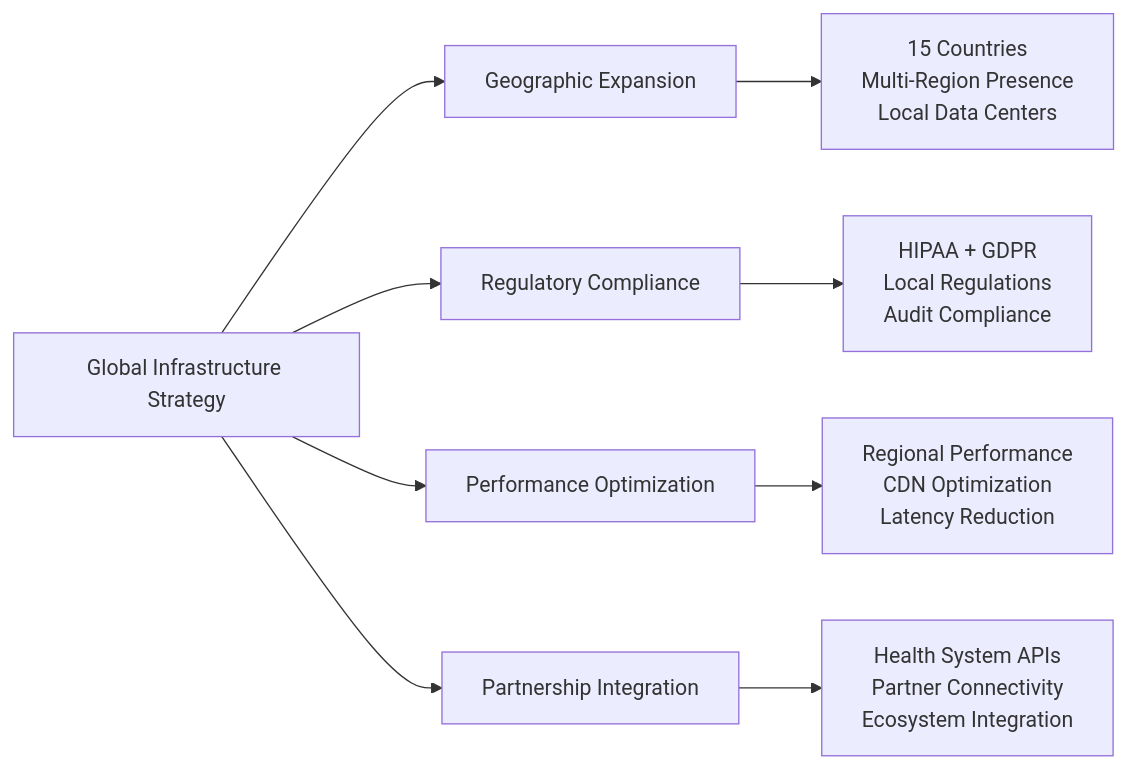
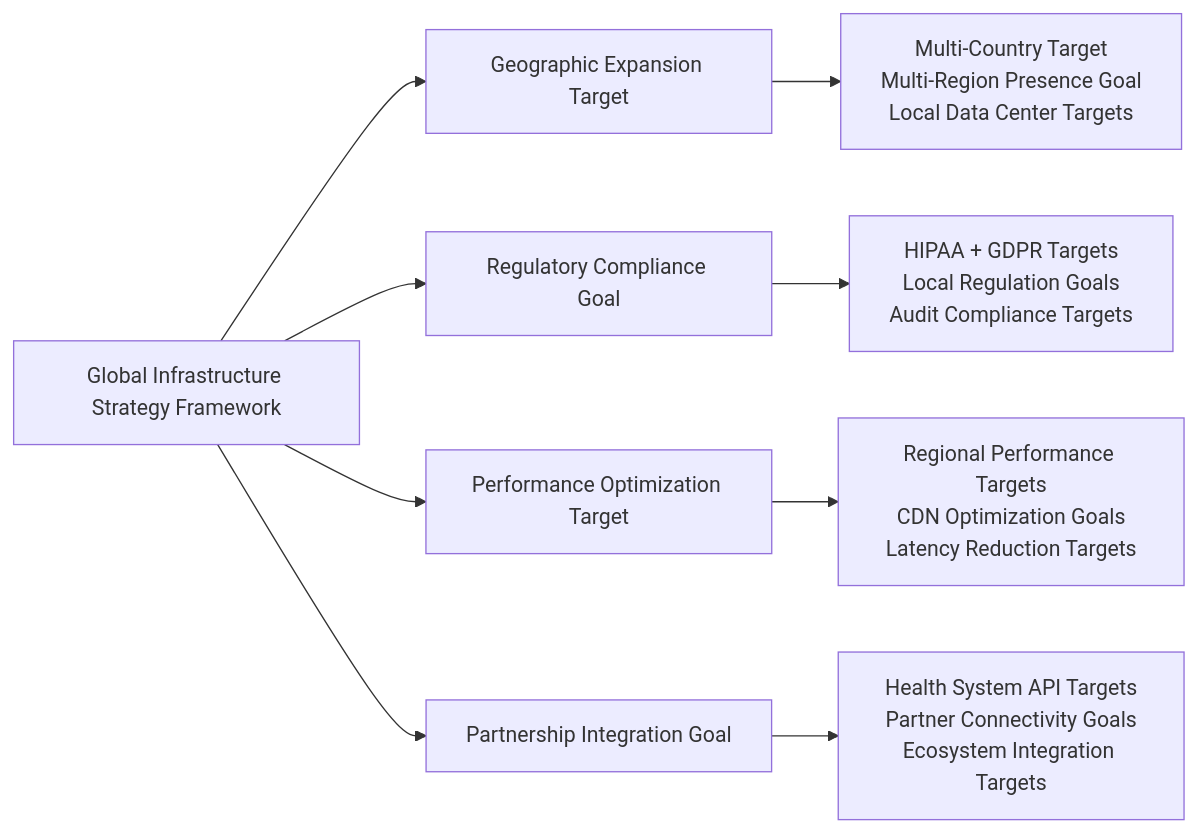
One commit to mydr24/book changed the second of 2 diagrams in chapters/12-deployment-infrastructure.md. Above: the diagram before and after it, drawn with Mermaid. The commit also changed other lines of this file and 15 other files, not shown here.

````diff
--- a/chapters/12-deployment-infrastructure.md
+++ b/chapters/12-deployment-infrastructure.md
@@ -44,12 +46,12 @@
 ```mermaid
 graph LR
-    A[Global Infrastructure Strategy] --> B[Geographic Expansion]
-    A --> C[Regulatory Compliance]
-    A --> D[Performance Optimization]
-    A --> E[Partnership Integration]
+    A[Global Infrastructure Strategy Framework] --> B[Geographic Expansion Target]
+    A --> C[Regulatory Compliance Goal]
+    A --> D[Performance Optimization Target]
+    A --> E[Partnership Integration Goal]
     
-    B --> F[15 Countries<br/>Multi-Region Presence<br/>Local Data Centers]
-    C --> G[HIPAA + GDPR<br/>Local Regulations<br/>Audit Compliance]
-    D --> H[Regional Performance<br/>CDN Optimization<br/>Latency Reduction]
-    E --> I[Health System APIs<br/>Partner Connectivity<br/>Ecosystem Integration]
+    B --> F[Multi-Country Target<br/>Multi-Region Presence Goal<br/>Local Data Center Targets]
+    C --> G[HIPAA + GDPR Targets<br/>Local Regulation Goals<br/>Audit Compliance Targets]
+    D --> H[Regional Performance Targets<br/>CDN Optimization Goals<br/>Latency Reduction Targets]
+    E --> I[Health System API Targets<br/>Partner Connectivity Goals<br/>Ecosystem Integration Targets]
 ```
````
